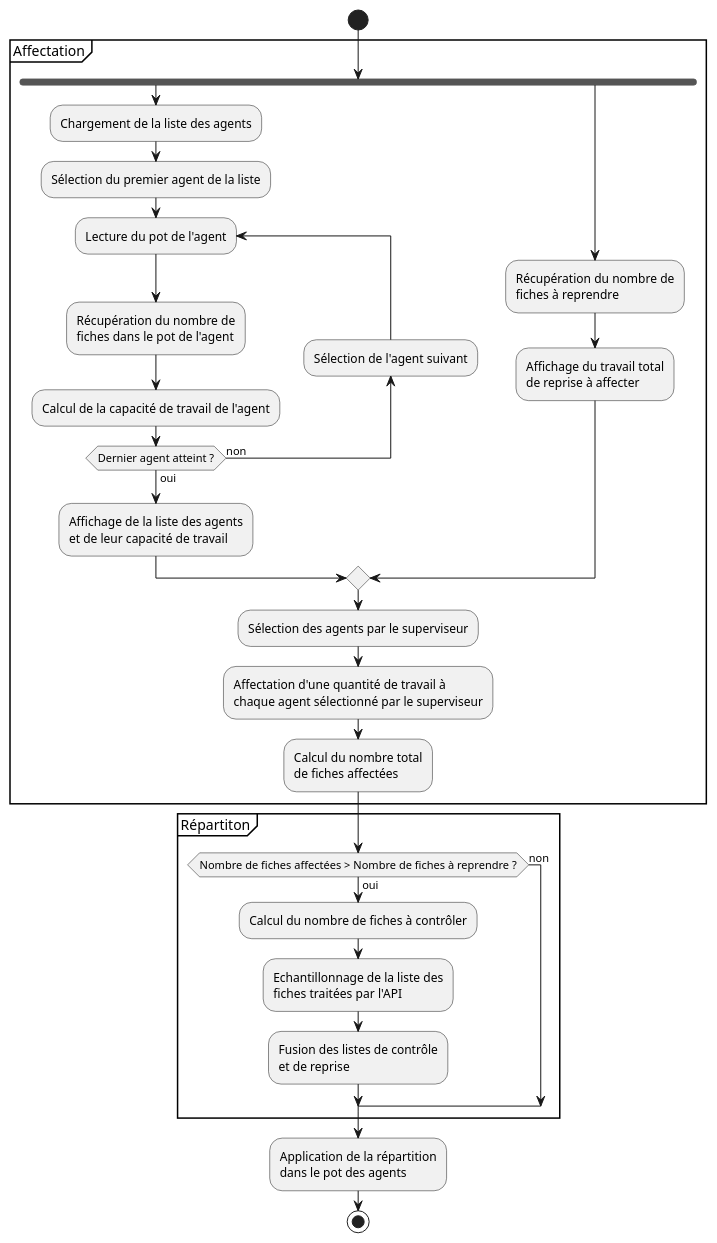
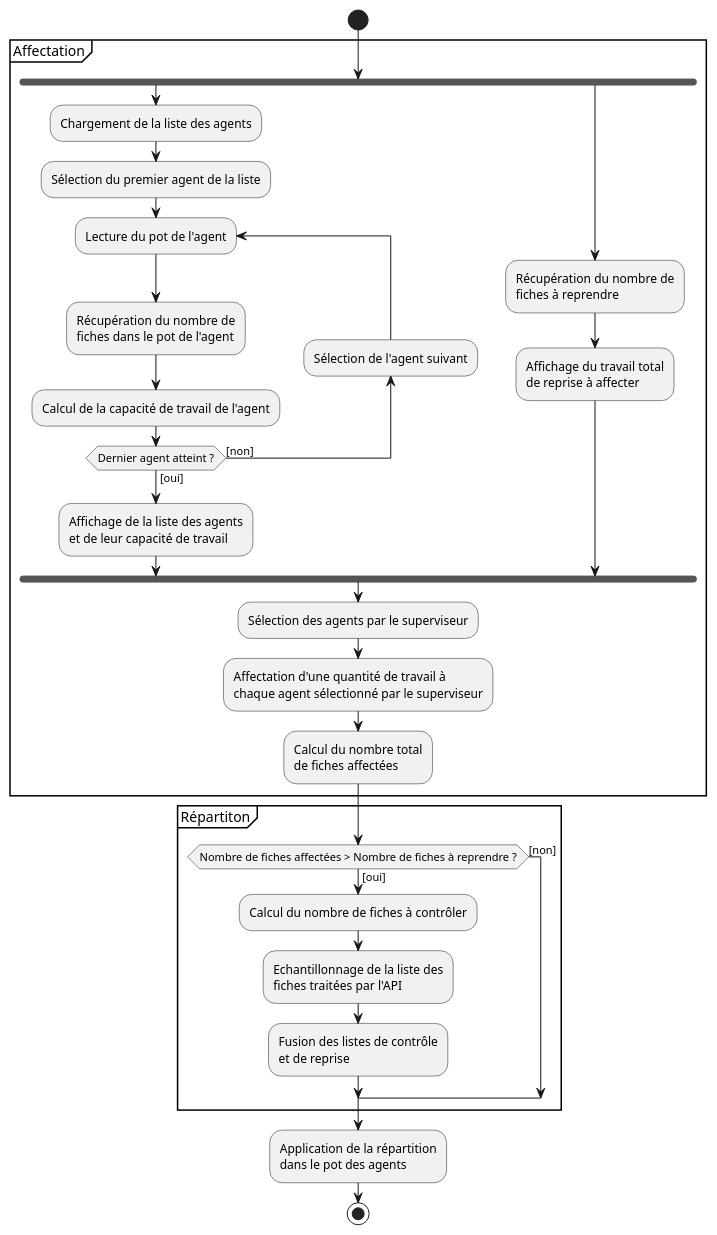
One commit to itsame-mcl/PSyCoQuAC changed the diagram in uml/diag_activite_repartition.puml. Above: the diagram before and after it, drawn with PlantUML. The commit also changed 1 other file, not shown here.

Commit message:
Modification diagramme activité répartition et reprise

```diff
--- a/uml/diag_activite_repartition.puml
+++ b/uml/diag_activite_repartition.puml
@@ -1,41 +1,41 @@
 @startuml "uml_activite_repartition"
 skinparam ConditionEndStyle hline
 start
 group Affectation
 fork
 :Chargement de la liste des agents;
 :Sélection du premier agent de la liste;
 repeat :Lecture du pot de l'agent;
     :Récupération du nombre de 
     fiches dans le pot de l'agent;
     :Calcul de la capacité de travail de l'agent;
 backward:Sélection de l'agent suivant;
-repeat while (Dernier agent atteint ?) is (non) not (oui)
+repeat while (Dernier agent atteint ?) is ([non]) not ([oui])
 :Affichage de la liste des agents
 et de leur capacité de travail;
 fork again
 :Récupération du nombre de
 fiches à reprendre;
 :Affichage du travail total
 de reprise à affecter;
-end merge
+end fork
 :Sélection des agents par le superviseur;
 :Affectation d'une quantité de travail à
 chaque agent sélectionné par le superviseur;
 :Calcul du nombre total
 de fiches affectées;
 end group
 group Répartiton
-if (Nombre de fiches affectées > Nombre de fiches à reprendre ?) then (oui)
+if (Nombre de fiches affectées > Nombre de fiches à reprendre ?) then ([oui])
     :Calcul du nombre de fiches à contrôler;
     :Echantillonnage de la liste des
     fiches traitées par l'API;
     :Fusion des listes de contrôle
     et de reprise;
-else (non)
+else ([non])
 endif
 end group
 :Application de la répartition
 dans le pot des agents;
 stop
 @enduml
```
